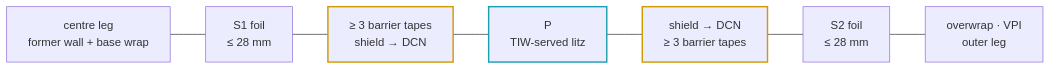
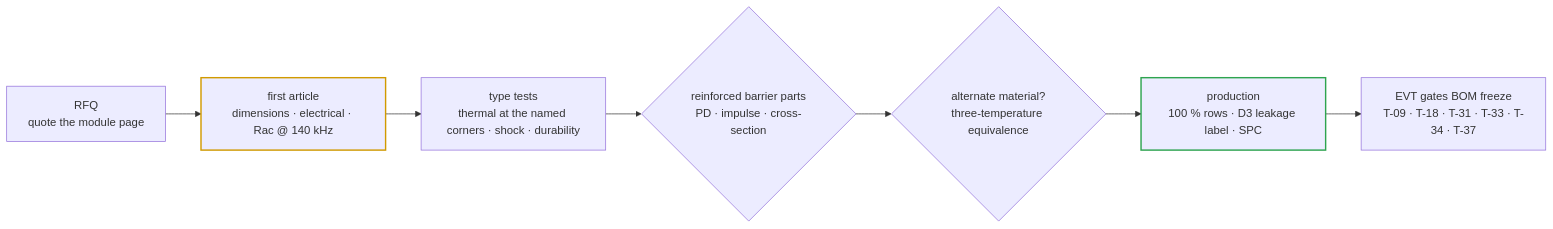
Before and after one commit to vectivolt/DC-Modules: the third of 3 diagrams in docs/magnetics.md, drawn with Mermaid. The commit also changed other lines of this file and 222 other files, not shown here.

````diff
--- a/docs/magnetics.md
+++ b/docs/magnetics.md
@@ -311,7 +224,11 @@
 ```mermaid
 flowchart LR
-  CL["centre leg<br/>former wall + base wrap"] --- S1["S1 foil<br/>≤ 28 mm"] --- BA["≥ 3 barrier tapes<br/>shield → DCN"] --- P["P<br/>TIW-served litz"] --- BB["shield → DCN<br/>≥ 3 barrier tapes"] --- S2["S2 foil<br/>≤ 28 mm"] --- OL["overwrap · VPI<br/>outer leg"]
-  style BA stroke:#d19a00,stroke-width:2px
-  style BB stroke:#d19a00,stroke-width:2px
-  style P stroke:#1a9fb3,stroke-width:2px
+  Q["RFQ<br/>quote the module page"] --> FA["first article<br/>dimensions · electrical · Rac @ 140 kHz"]
+  FA --> TS["type tests<br/>thermal at the named corners · shock · durability"]
+  TS --> BAR{"reinforced barrier parts<br/>PD · impulse · cross-section"}
+  BAR --> EQ{"alternate material?<br/>three-temperature equivalence"}
+  EQ --> PROD["production<br/>100 % rows · D3 leakage label · SPC"]
+  PROD --> EVT["EVT gates BOM freeze<br/>T-09 · T-18 · T-31 · T-33 · T-34 · T-37"]
+  style FA stroke:#d19a00,stroke-width:2px
+  style PROD stroke:#2ea44f,stroke-width:2px
 ```
````
